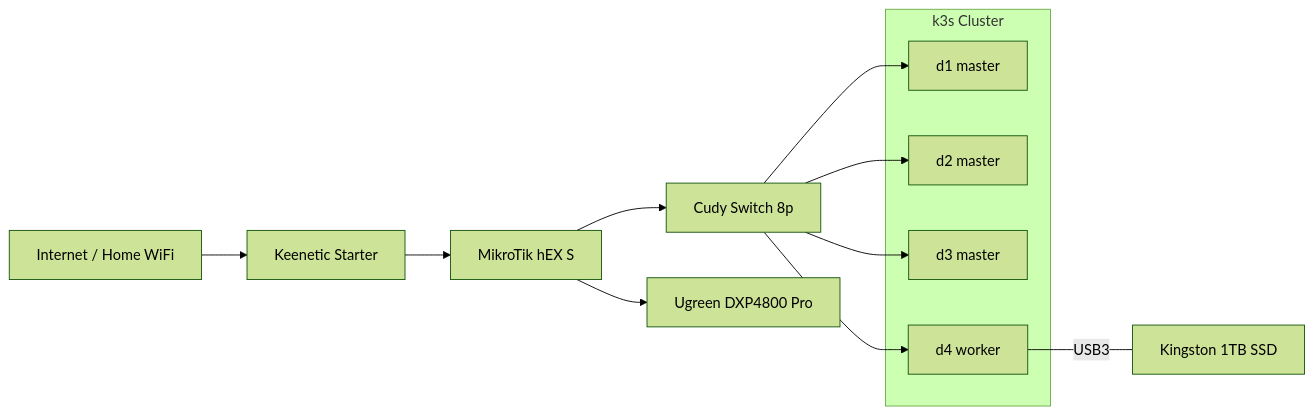
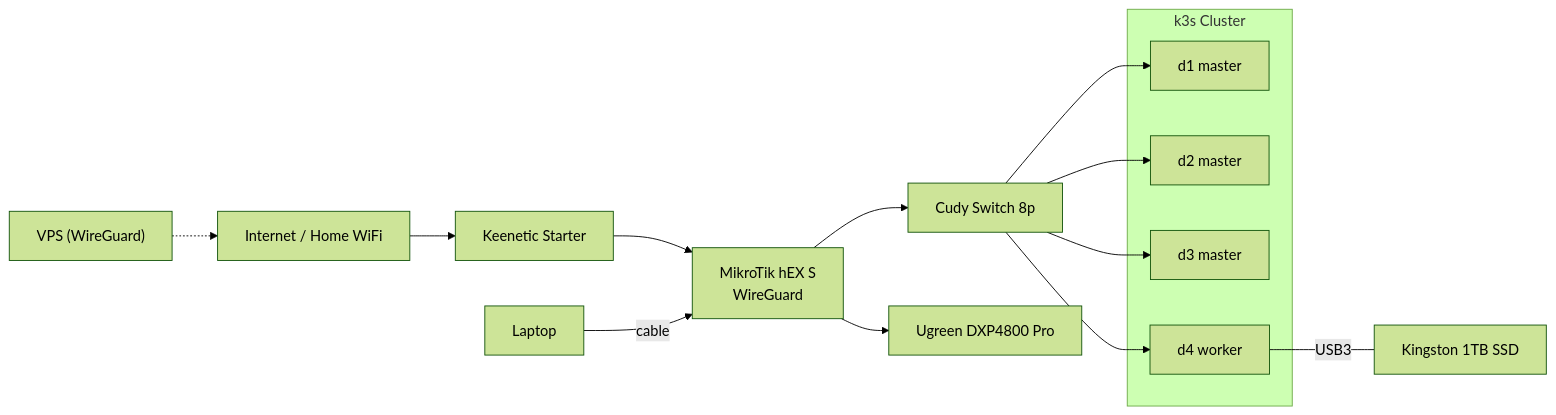
The diagram in docs/en/v1/README.md (PearlFoe/homelab), drawn with Mermaid (forest theme) before and after one commit. The commit also changed other lines of this file and 5 other files, not shown here.

````diff
--- a/docs/en/v1/README.md
+++ b/docs/en/v1/README.md
@@ -17,18 +17,20 @@
 ```mermaid
 graph LR
-    Internet["Internet / Home WiFi"] --> Keenetic["Keenetic Starter"]
-    Keenetic --> MikroTik["MikroTik hEX S"]
+    VPS["VPS (WireGuard)"] -.-> Internet["Internet / Home WiFi"]
+    Internet --> Keenetic["Keenetic Starter"]
+    Keenetic --> MikroTik["MikroTik hEX S\nWireGuard"]
+    Laptop["Laptop"] -->|cable| MikroTik
     MikroTik --> Switch["Cudy Switch 8p"]
     MikroTik --> NAS["Ugreen DXP4800 Pro"]
     Switch --> D1["d1 master"]
     Switch --> D2["d2 master"]
     Switch --> D3["d3 master"]
     Switch --> D4["d4 worker"]
     D4 ---|USB3| SSD["Kingston 1TB SSD"]
     subgraph k3sCluster ["k3s Cluster"]
         D1
         D2
         D3
         D4
     end
 ```
````
